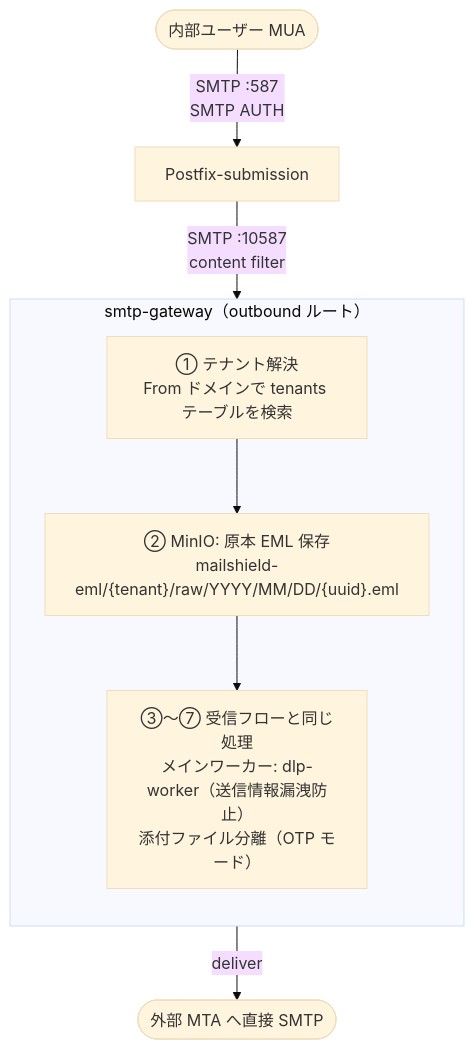
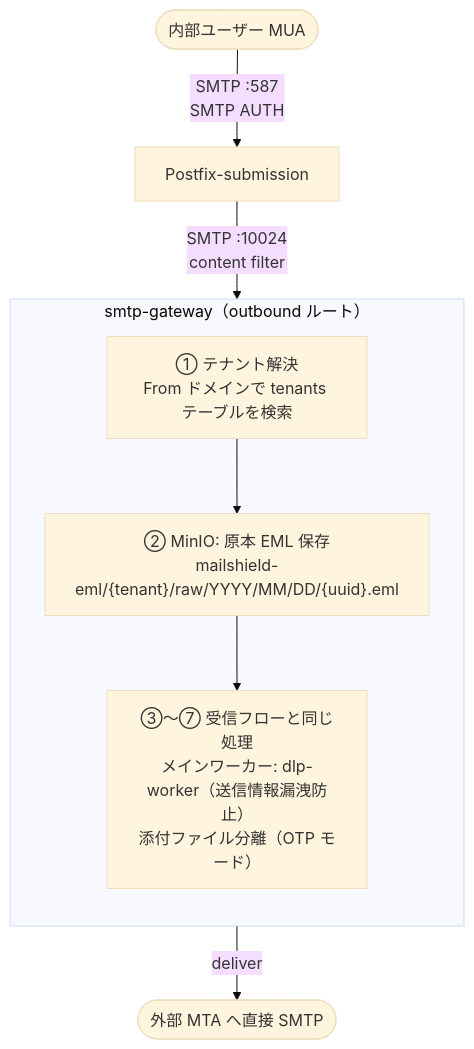
Before and after one commit to yumekui08/mailshield: the second of 5 diagrams in docs/specs/mail-processing-flow.md, drawn with Mermaid (base theme). The commit also changed other lines of this file and 22 other files, not shown here.

````diff
--- a/docs/specs/mail-processing-flow.md
+++ b/docs/specs/mail-processing-flow.md
@@ -58,17 +58,17 @@
 ```mermaid
 flowchart TD
     MUA([内部ユーザー MUA]) -->|"SMTP :587\nSMTP AUTH"| PostfixSub[Postfix-submission]
 
-    PostfixSub -->|"SMTP :10587\ncontent filter"| OutGW
+    PostfixSub -->|"SMTP :10024\ncontent filter"| OutGW
 
     subgraph OutGW[smtp-gateway（outbound ルート）]
         direction TB
         O1["① テナント解決\nFrom ドメインで tenants テーブルを検索"]
         O2["② MinIO: 原本 EML 保存\nmailshield-eml/{tenant}/raw/YYYY/MM/DD/{uuid}.eml"]
         O3["③〜⑦ 受信フローと同じ処理\nメインワーカー: dlp-worker（送信情報漏洩防止）\n添付ファイル分離（OTP モード）"]
 
         O1 --> O2 --> O3
     end
 
     O3 -->|deliver| ExtMTA([外部 MTA へ直接 SMTP])
 ```
````
